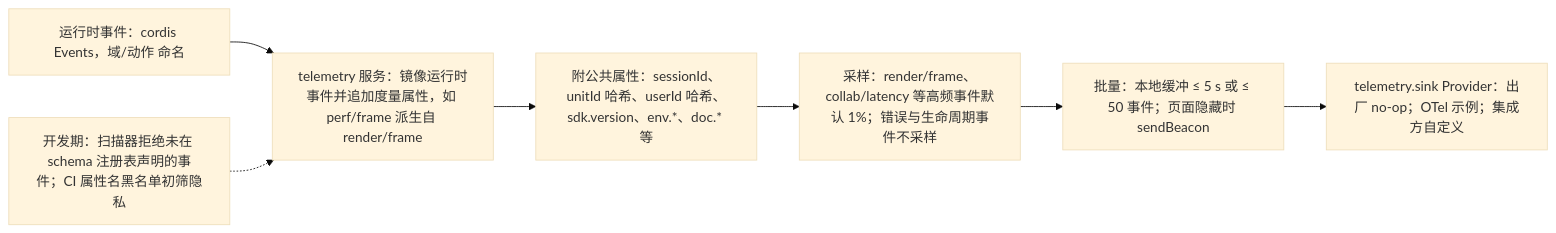
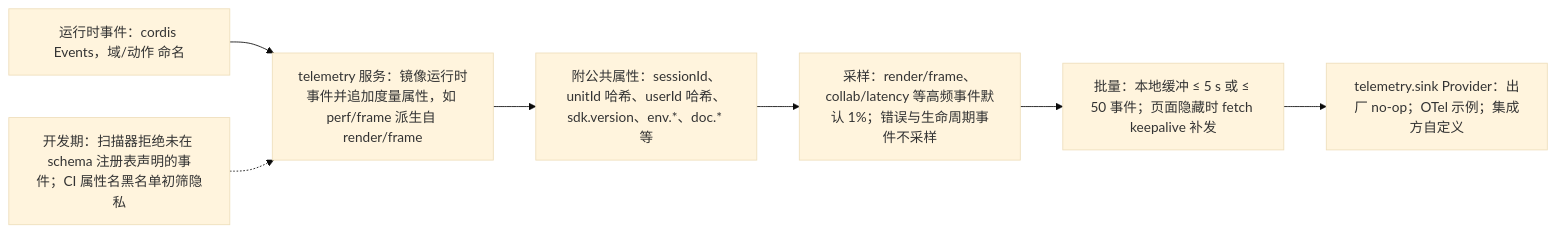
Before and after one commit to Xeonice/cordis-ppt-editor: the fifth of 5 diagrams in docs/10-prd/06-metrics-and-analytics.md, drawn with Mermaid (base theme). The commit also changed other lines of this file and 79 other files, not shown here.

````diff
--- a/docs/10-prd/06-metrics-and-analytics.md
+++ b/docs/10-prd/06-metrics-and-analytics.md
@@ -233,12 +233,12 @@
 ```mermaid
 flowchart LR
   rt["运行时事件：cordis Events，域/动作 命名"]
   tel["telemetry 服务：镜像运行时事件并追加度量属性，如 perf/frame 派生自 render/frame"]
   common["附公共属性：sessionId、unitId 哈希、userId 哈希、sdk.version、env.*、doc.* 等"]
   sample["采样：render/frame、collab/latency 等高频事件默认 1%；错误与生命周期事件不采样"]
-  batch["批量：本地缓冲 ≤ 5 s 或 ≤ 50 事件；页面隐藏时 sendBeacon"]
+  batch["批量：本地缓冲 ≤ 5 s 或 ≤ 50 事件；页面隐藏时 fetch keepalive 补发"]
   sink["telemetry.sink Provider：出厂 no-op；OTel 示例；集成方自定义"]
   scan["开发期：扫描器拒绝未在 schema 注册表声明的事件；CI 属性名黑名单初筛隐私"]
   rt --> tel --> common --> sample --> batch --> sink
   scan -.-> tel
 ```
````
